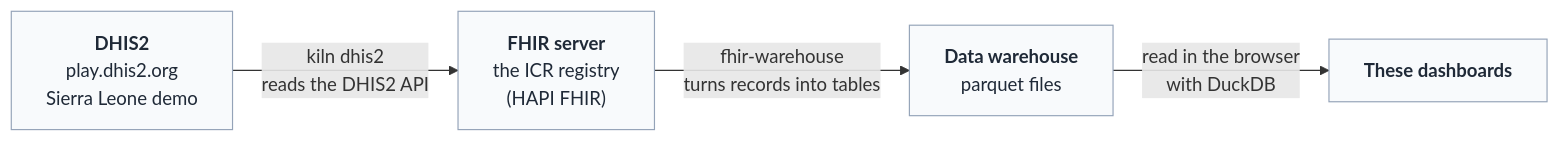
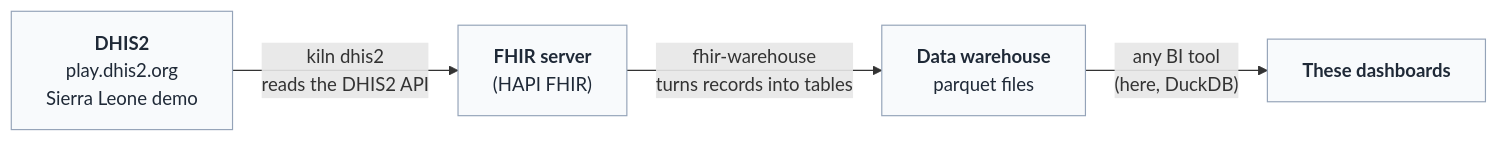
One commit to recodelabs/icr changed the first of 4 diagrams in campaignhq/sldash/src/about.md. Above: the diagram before and after it, drawn with Mermaid. The commit also changed other lines of this file and 1 other file, not shown here.

First line of the commit message:
About page: facilities as Location and Organization; no ICR references; parquet for any BI tool; Measures explained without an analogy

````diff
--- a/campaignhq/sldash/src/about.md
+++ b/campaignhq/sldash/src/about.md
@@ -17,8 +17,8 @@
 ```mermaid
 flowchart LR
-  A["<b>DHIS2</b><br/>play.dhis2.org<br/>Sierra Leone demo"] -->|"kiln dhis2<br/>reads the DHIS2 API"| B["<b>FHIR server</b><br/>the ICR registry<br/>(HAPI FHIR)"]
+  A["<b>DHIS2</b><br/>play.dhis2.org<br/>Sierra Leone demo"] -->|"kiln dhis2<br/>reads the DHIS2 API"| B["<b>FHIR server</b><br/>(HAPI FHIR)"]
   B -->|"fhir-warehouse<br/>turns records into tables"| C["<b>Data warehouse</b><br/>parquet files"]
-  C -->|"read in the browser<br/>with DuckDB"| D["<b>These dashboards</b>"]
+  C -->|"any BI tool<br/>(here, DuckDB)"| D["<b>These dashboards</b>"]
   classDef box fill:#f8fafc,stroke:#94a3b8,color:#1f2937
   class A,B,C,D box
 ```
````
